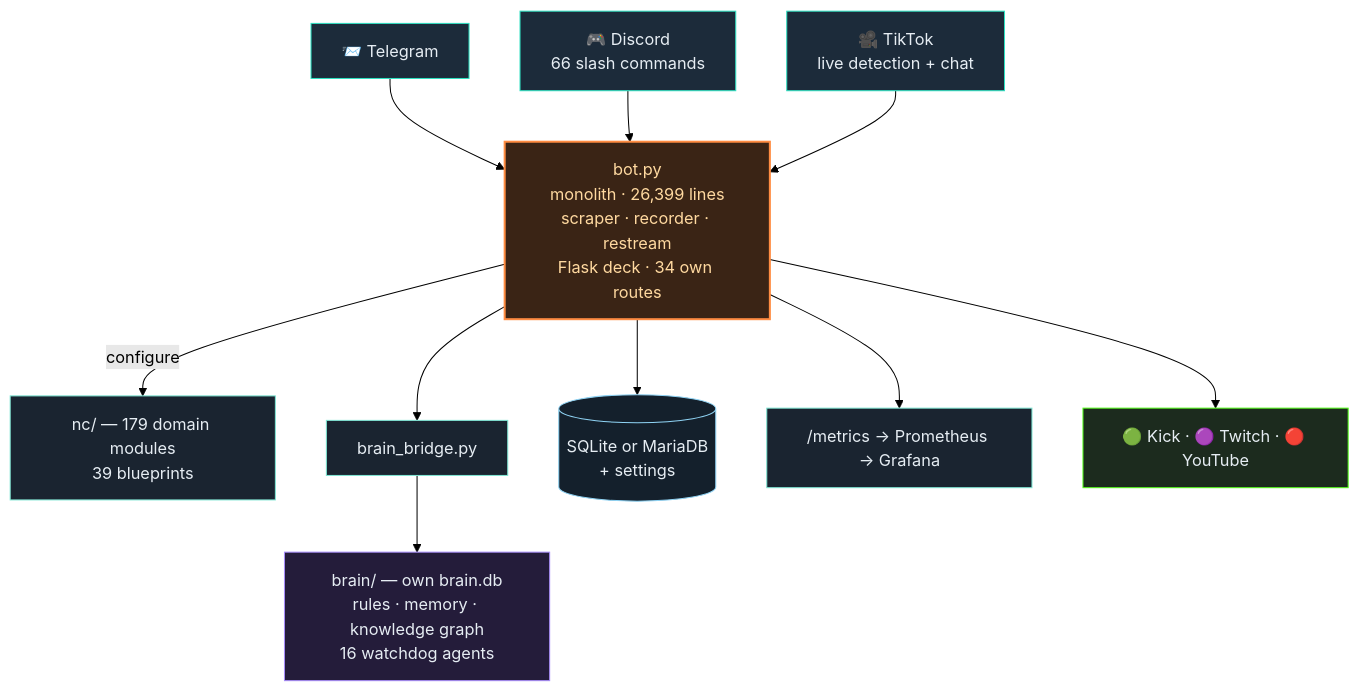
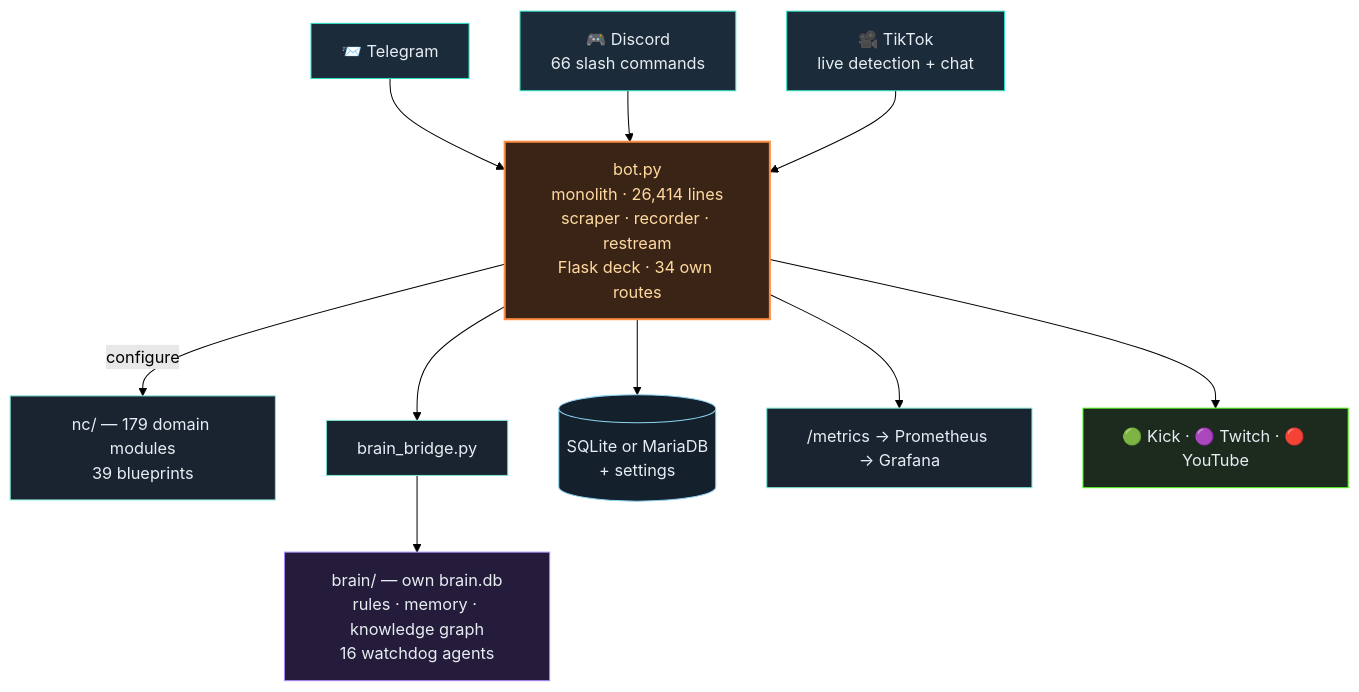
The second of 3 diagrams in README.en.md (itsamemedev/Telegram-Stream-Info-Bot), drawn with Mermaid (forest theme) before and after one commit. The commit also changed other lines of this file and 14 other files, not shown here.

````diff
--- a/README.en.md
+++ b/README.en.md
@@ -119,19 +119,19 @@
 ```mermaid
 flowchart TB
     TG["📨 Telegram"]:::ein --> BOT
     DC["🎮 Discord<br/>66 slash commands"]:::ein --> BOT
     TT["🎥 TikTok<br/>live detection + chat"]:::ein --> BOT
-    BOT["bot.py<br/>monolith · 26,399 lines<br/>scraper · recorder · restream<br/>Flask deck · 34 own routes"]:::core
+    BOT["bot.py<br/>monolith · 26,414 lines<br/>scraper · recorder · restream<br/>Flask deck · 34 own routes"]:::core
     BOT -->|configure| NC["nc/ — 179 domain modules<br/>39 blueprints"]:::lib
     BOT --> BR["brain_bridge.py"]:::lib
     BR --> BRAIN["brain/ — own brain.db<br/>rules · memory · knowledge graph<br/>16 watchdog agents"]:::brain
     BOT --> DB[("SQLite or MariaDB<br/>+ settings")]:::db
     BOT --> PROM["/metrics → Prometheus → Grafana"]:::lib
     BOT --> OUT["🟢 Kick · 🟣 Twitch · 🔴 YouTube"]:::out
     classDef ein fill:#1c2b3a,stroke:#2de1c2,color:#e6edf3
     classDef core fill:#3a2415,stroke:#ff8c42,stroke-width:2px,color:#ffd9a0
     classDef lib fill:#1a2430,stroke:#7fe7d4,color:#e6edf3
     classDef brain fill:#241c3a,stroke:#a78bfa,color:#e6edf3
     classDef db fill:#14202c,stroke:#8fd3f4,color:#e6edf3
     classDef out fill:#1c2b1e,stroke:#53fc18,color:#e6edf3
 ```
````
